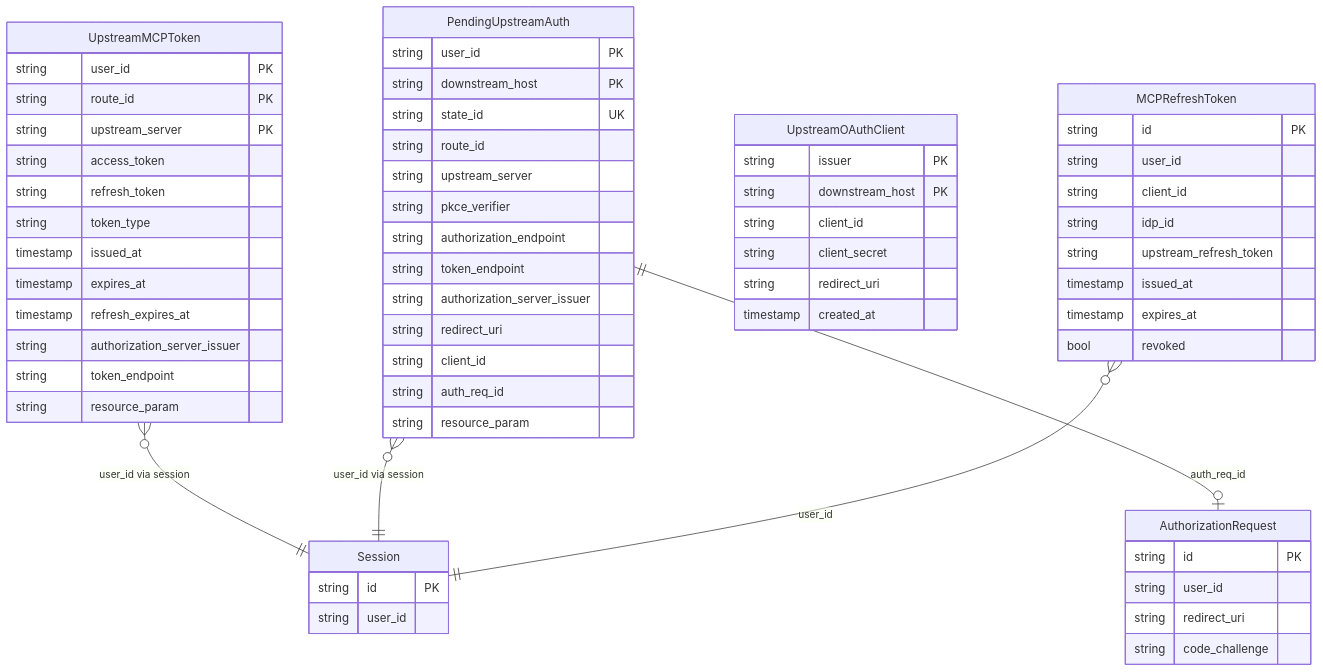
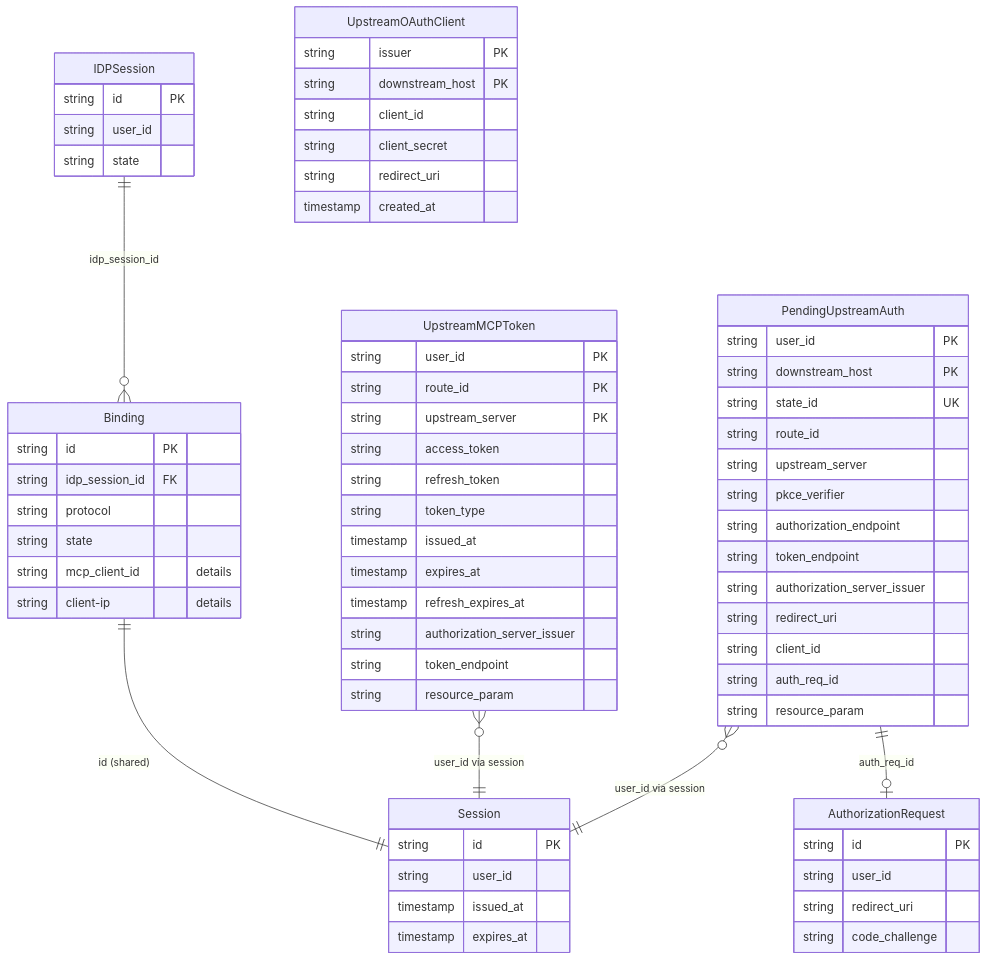
The tenth of 10 diagrams in internal/mcp/DESIGN.md (pomerium/pomerium), drawn with Mermaid before and after one commit. The commit also changed other lines of this file and 28 other files, not shown here.

First line of the commit message:
mcp: bind client credentials to the centralized IdP session

````diff
--- a/internal/mcp/DESIGN.md
+++ b/internal/mcp/DESIGN.md
@@ -672,70 +728,77 @@
 ```mermaid
 erDiagram
+    IDPSession {
+        string id PK
+        string user_id
+        string state
+    }
+
+    Binding {
+        string id PK
+        string idp_session_id FK
+        string protocol
+        string state
+        string mcp_client_id "details"
+        string client-ip "details"
+    }
+
+    Session {
+        string id PK
+        string user_id
+        timestamp issued_at
+        timestamp expires_at
+    }
+
     UpstreamMCPToken {
         string user_id PK
         string route_id PK
         string upstream_server PK
         string access_token
         string refresh_token
         string token_type
         timestamp issued_at
         timestamp expires_at
         timestamp refresh_expires_at
         string authorization_server_issuer
         string token_endpoint
         string resource_param
     }
 
     PendingUpstreamAuth {
         string user_id PK
         string downstream_host PK
         string state_id UK
         string route_id
         string upstream_server
         string pkce_verifier
         string authorization_endpoint
         string token_endpoint
         string authorization_server_issuer
         string redirect_uri
         string client_id
         string auth_req_id
         string resource_param
     }
 
     UpstreamOAuthClient {
         string issuer PK
         string downstream_host PK
         string client_id
         string client_secret
         string redirect_uri
         timestamp created_at
     }
 
     AuthorizationRequest {
         string id PK
         string user_id
         string redirect_uri
         string code_challenge
     }
 
-    MCPRefreshToken {
-        string id PK
-        string user_id
-        string client_id
-        string idp_id
-        string upstream_refresh_token
-        timestamp issued_at
-        timestamp expires_at
-        bool revoked
-    }
-
-    Session {
-        string id PK
-        string user_id
-    }
-
+    IDPSession ||--o{ Binding : "idp_session_id"
+    Binding ||--|| Session : "id (shared)"
     UpstreamMCPToken }o--|| Session : "user_id via session"
     PendingUpstreamAuth }o--|| Session : "user_id via session"
     PendingUpstreamAuth ||--o| AuthorizationRequest : "auth_req_id"
-    MCPRefreshToken }o--|| Session : "user_id"
 ```
````
